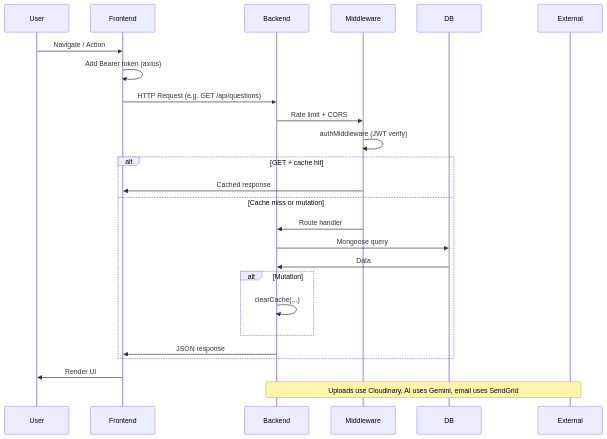
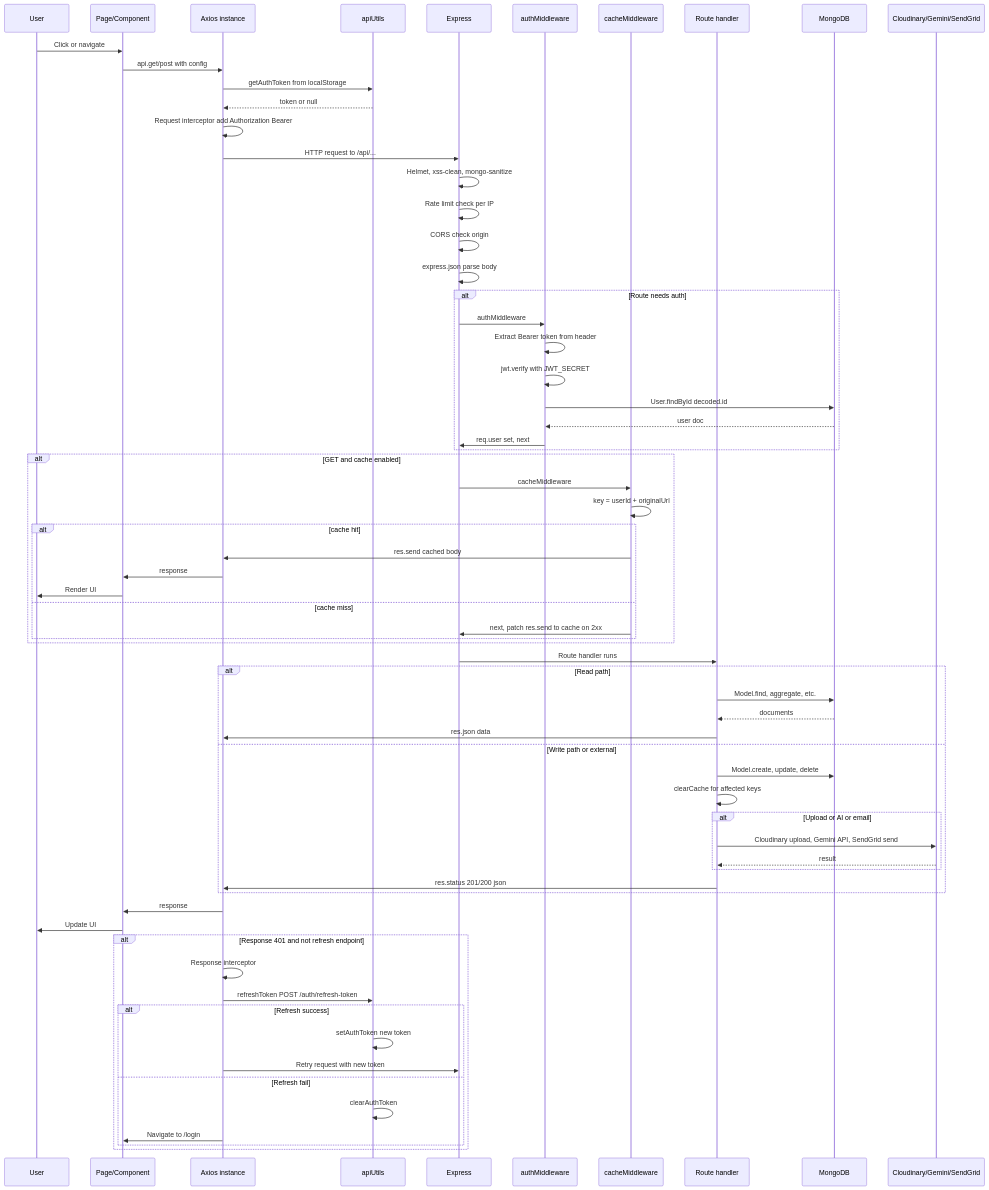
The second of 3 diagrams in README.md (TheVish04/CAprep), drawn with Mermaid before and after one commit. The commit also changed other lines of this file, not shown here.

````diff
--- a/README.md
+++ b/README.md
@@ -176,31 +239,76 @@
 ```mermaid
 sequenceDiagram
     participant User
-    participant Frontend
-    participant Backend
-    participant Middleware
-    participant DB
-    participant External
+    participant Page as Page/Component
+    participant Axios as Axios instance
+    participant ApiUtils as apiUtils
+    participant Backend as Express
+    participant AuthMW as authMiddleware
+    participant CacheMW as cacheMiddleware
+    participant Handler as Route handler
+    participant DB as MongoDB
+    participant Ext as Cloudinary/Gemini/SendGrid
 
-    User->>Frontend: Navigate / Action
-    Frontend->>Frontend: Add Bearer token (axios)
-    Frontend->>Backend: HTTP Request (e.g. GET /api/questions)
+    User->>Page: Click or navigate
+    Page->>Axios: api.get/post with config
+    Axios->>ApiUtils: getAuthToken from localStorage
+    ApiUtils-->>Axios: token or null
+    Axios->>Axios: Request interceptor add Authorization Bearer
+    Axios->>Backend: HTTP request to /api/...
 
-    Backend->>Middleware: Rate limit + CORS
-    Middleware->>Middleware: authMiddleware (JWT verify)
-    alt GET + cache hit
-        Middleware->>Frontend: Cached response
-    else Cache miss or mutation
-        Middleware->>Backend: Route handler
-        Backend->>DB: Mongoose query
-        DB->>Backend: Data
-        alt Mutation
-            Backend->>Backend: clearCache(...)
-        end
-        Backend->>Frontend: JSON response
+    Backend->>Backend: Helmet, xss-clean, mongo-sanitize
+    Backend->>Backend: Rate limit check per IP
+    Backend->>Backend: CORS check origin
+    Backend->>Backend: express.json parse body
+
+    alt Route needs auth
+        Backend->>AuthMW: authMiddleware
+        AuthMW->>AuthMW: Extract Bearer token from header
+        AuthMW->>AuthMW: jwt.verify with JWT_SECRET
+        AuthMW->>DB: User.findById decoded.id
+        DB-->>AuthMW: user doc
+        AuthMW->>Backend: req.user set, next
     end
 
-    Frontend->>User: Render UI
+    alt GET and cache enabled
+        Backend->>CacheMW: cacheMiddleware
+        CacheMW->>CacheMW: key = userId + originalUrl
+        alt cache hit
+            CacheMW->>Axios: res.send cached body
+            Axios->>Page: response
+            Page->>User: Render UI
+        else cache miss
+            CacheMW->>Backend: next, patch res.send to cache on 2xx
+        end
+    end
 
-    Note over Backend,External: Uploads use Cloudinary, AI uses Gemini, email uses SendGrid
+    Backend->>Handler: Route handler runs
+    alt Read path
+        Handler->>DB: Model.find, aggregate, etc.
+        DB-->>Handler: documents
+        Handler->>Axios: res.json data
+    else Write path or external
+        Handler->>DB: Model.create, update, delete
+        Handler->>Handler: clearCache for affected keys
+        alt Upload or AI or email
+            Handler->>Ext: Cloudinary upload, Gemini API, SendGrid send
+            Ext-->>Handler: result
+        end
+        Handler->>Axios: res.status 201/200 json
+    end
+
+    Axios->>Page: response
+    Page->>User: Update UI
+
+    alt Response 401 and not refresh endpoint
+        Axios->>Axios: Response interceptor
+        Axios->>ApiUtils: refreshToken POST /auth/refresh-token
+        alt Refresh success
+            ApiUtils->>ApiUtils: setAuthToken new token
+            Axios->>Backend: Retry request with new token
+        else Refresh fail
+            ApiUtils->>ApiUtils: clearAuthToken
+            Axios->>Page: Navigate to /login
+        end
+    end
 ```
````
